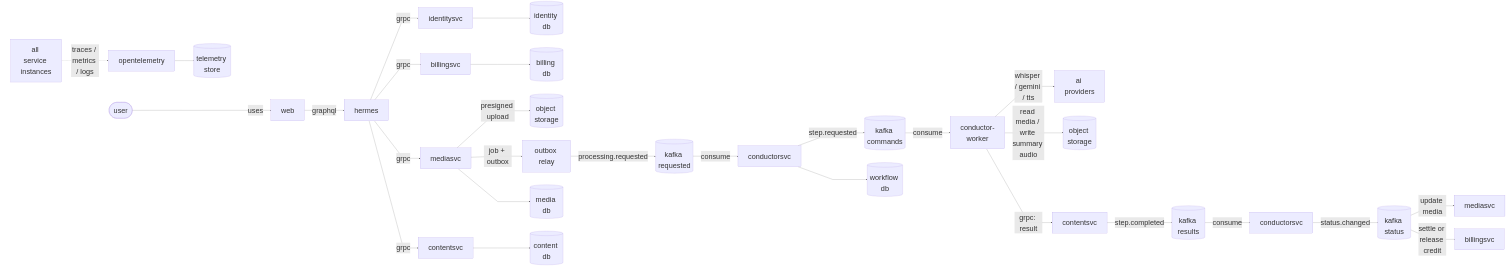
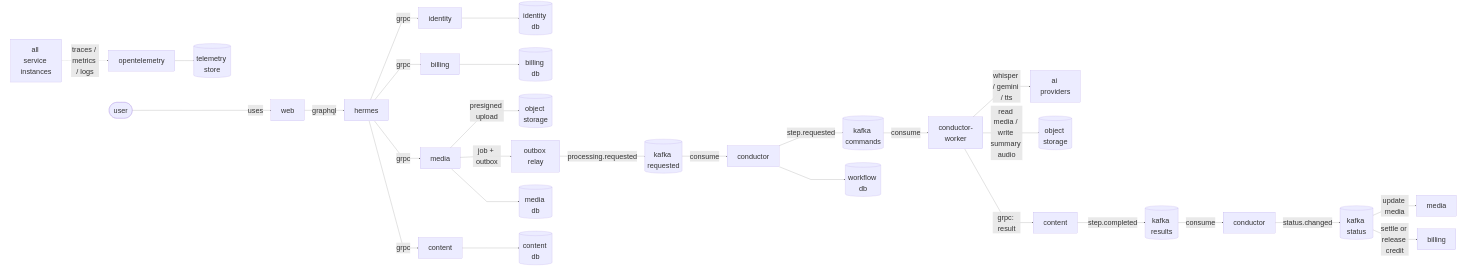
Before and after one commit to william1nguyen/xgist: the diagram in proposal/mn2_design.md, drawn with Mermaid. The commit also changed other lines of this file and 22 other files, not shown here.

````diff
--- a/proposal/mn2_design.md
+++ b/proposal/mn2_design.md
@@ -9,40 +9,40 @@
 ```mermaid
 %%{init: {"themeVariables": {"fontSize": "52px"}, "flowchart": {"curve": "linear", "padding": 36, "nodeSpacing": 90, "rankSpacing": 110, "diagramPadding": 30}}}%%
 flowchart LR
     USER(["user"]) -->|"uses"| WEB["web"]
     WEB -->|"graphql"| HERMES["hermes"]
 
-    HERMES -->|"grpc"| IDENTITY["identitysvc"]
-    HERMES -->|"grpc"| BILLING["billingsvc"]
-    HERMES -->|"grpc"| MEDIA["mediasvc"]
-    HERMES -->|"grpc"| CONTENT_QUERY["contentsvc"]
+    HERMES -->|"grpc"| IDENTITY["identity"]
+    HERMES -->|"grpc"| BILLING["billing"]
+    HERMES -->|"grpc"| MEDIA["media"]
+    HERMES -->|"grpc"| CONTENT_QUERY["content"]
 
     MEDIA -->|"presigned upload"| UPLOAD_OBJECTS[("object storage")]
     MEDIA -->|"job + outbox"| OUTBOX["outbox relay"]
     OUTBOX -->|"processing.requested"| K_REQUESTED[("kafka requested")]
-    K_REQUESTED -->|"consume"| CONDUCTOR_START["conductorsvc"]
+    K_REQUESTED -->|"consume"| CONDUCTOR_START["conductor"]
     CONDUCTOR_START -->|"step.requested"| K_COMMANDS[("kafka commands")]
     K_COMMANDS -->|"consume"| WORKER["conductor-worker"]
     WORKER -->|"whisper / gemini / tts"| PROVIDERS["ai providers"]
     WORKER -->|"read media / write summary audio"| AUDIO_OBJECTS[("object storage")]
-    WORKER -->|"grpc: result"| CONTENT_RESULT["contentsvc"]
+    WORKER -->|"grpc: result"| CONTENT_RESULT["content"]
     CONTENT_RESULT -->|"step.completed"| K_RESULTS[("kafka results")]
-    K_RESULTS -->|"consume"| CONDUCTOR_RESULT["conductorsvc"]
+    K_RESULTS -->|"consume"| CONDUCTOR_RESULT["conductor"]
     CONDUCTOR_RESULT -->|"status.changed"| K_STATUS[("kafka status")]
-    K_STATUS -->|"update media"| MEDIA_STATUS["mediasvc"]
-    K_STATUS -->|"settle or release credit"| BILLING_STATUS["billingsvc"]
+    K_STATUS -->|"update media"| MEDIA_STATUS["media"]
+    K_STATUS -->|"settle or release credit"| BILLING_STATUS["billing"]
 
     IDENTITY --> IDDB[("identity db")]
     BILLING --> BILLINGDB[("billing db")]
     MEDIA --> MEDIADB[("media db")]
     CONTENT_QUERY --> CONTENTDB[("content db")]
     CONDUCTOR_START --> WORKFLOWDB[("workflow db")]
 
     subgraph OBS[" "]
         direction LR
         SERVICES["all service instances"] -.->|"traces / metrics / logs"| OTEL["opentelemetry"]
         OTEL --> TELEMETRY[("telemetry store")]
     end
 
     style OBS fill:none,stroke:none
 ```
````
